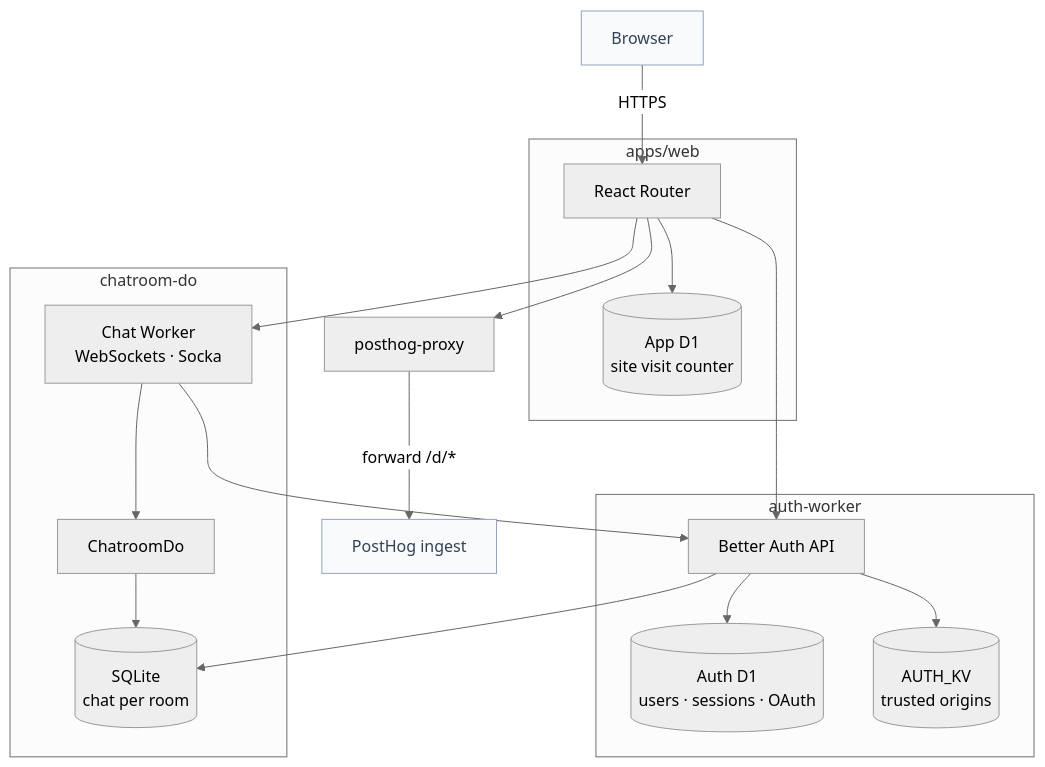
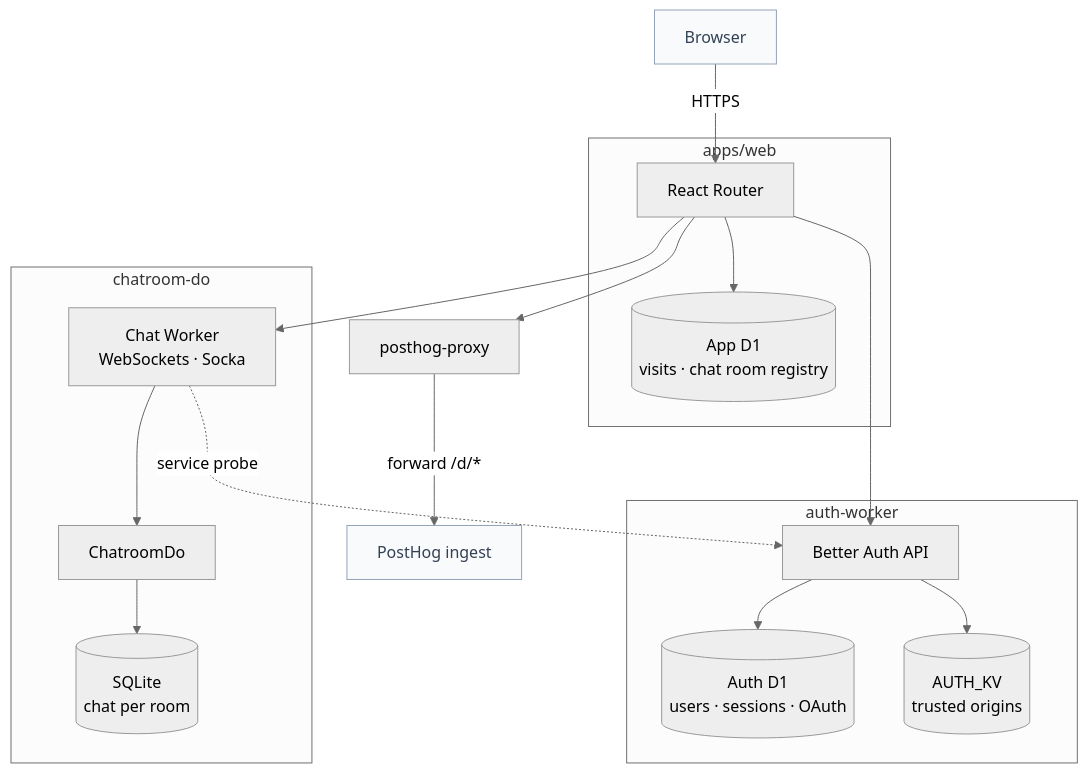
One commit to firtoz/cf-multiworker-starter-kit changed the diagram in README.md. Above: the diagram before and after it, drawn with Mermaid. The commit also changed other lines of this file and 2 other files, not shown here.

Commit message:
Clarify README architecture and hide worker subdomains

````diff
--- a/README.md
+++ b/README.md
@@ -137,39 +137,40 @@
 ```mermaid
 ---
 config:
   layout: dagre
   theme: neutral
 ---
 flowchart TB
   Browser["Browser"]
   PostHog["PostHog ingest"]
 
   subgraph webLayer["apps/web"]
-    AppDB[("App D1<br>site visit counter")]
+    AppDB[("App D1<br>visits · chat room registry")]
     Web["React Router"]
   end
 
   subgraph authLayer["auth-worker"]
     AUTH["Better Auth API"]
     AuthDB[("Auth D1<br>users · sessions · OAuth")]
     AuthKV[("AUTH_KV<br>trusted origins")]
   end
 
   subgraph chatLayer["chatroom-do"]
     CHAT["Chat Worker<br>WebSockets · Socka"]
     ChatDO["ChatroomDo"]
     ChatSQL[("SQLite<br>chat per room")]
   end
 
   PH["posthog-proxy"]
 
   Web --> AppDB & AUTH & CHAT & PH
   AUTH --> AuthDB & AuthKV
-  CHAT --> AUTH & ChatDO --> ChatSQL
+  CHAT --> ChatDO --> ChatSQL
+  CHAT -. service probe .-> AUTH
 
   Browser -- HTTPS --> Web
   PH -- forward /d/* --> PostHog
 
   classDef external fill:#f8fafc,stroke:#94a3b8,color:#334155
   class Browser,PostHog external
 ```
````
